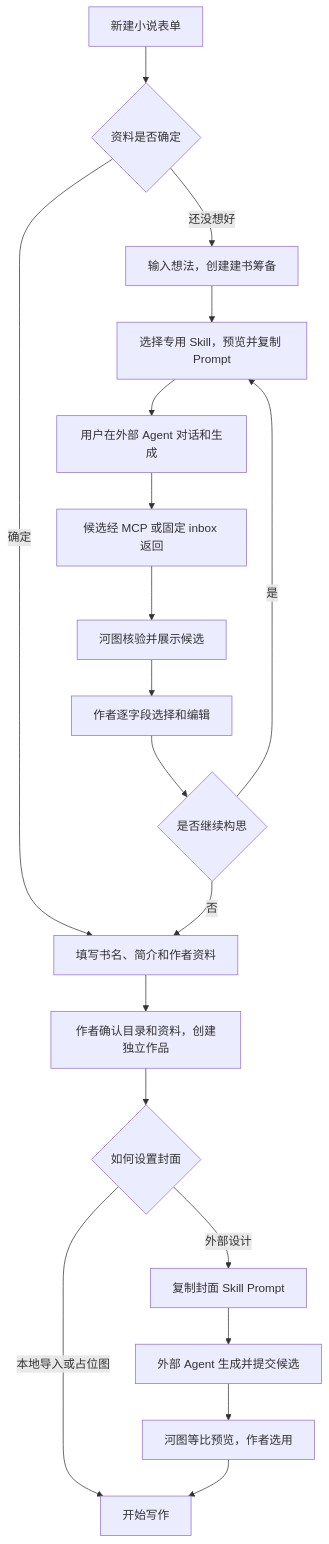
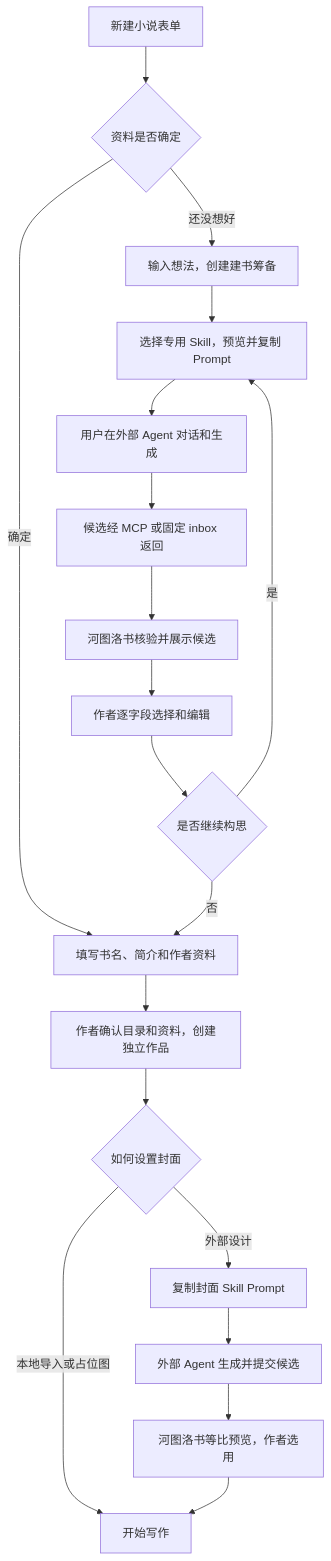
Before and after one commit to limecloud/hetu: the fourth of 35 diagrams in docs/23-业务流程与MCP时序.md, drawn with Mermaid. The commit also changed other lines of this file and 156 other files, not shown here.

````diff
--- a/docs/23-业务流程与MCP时序.md
+++ b/docs/23-业务流程与MCP时序.md
@@ -97,21 +98,21 @@
 ```mermaid
 flowchart TD
     newBook["新建小说表单"] --> known{"资料是否确定"}
     known -->|"确定"| form["填写书名、简介和作者资料"]
     known -->|"还没想好"| idea["输入想法，创建建书筹备"]
     idea --> prompt["选择专用 Skill，预览并复制 Prompt"]
     prompt --> external["用户在外部 Agent 对话和生成"]
     external --> result["候选经 MCP 或固定 inbox 返回"]
-    result --> verify["河图核验并展示候选"]
+    result --> verify["河图洛书核验并展示候选"]
     verify --> choose["作者逐字段选择和编辑"]
     choose --> satisfied{"是否继续构思"}
     satisfied -->|"是"| prompt
     satisfied -->|"否"| form
     form --> create["作者确认目录和资料，创建独立作品"]
     create --> cover{"如何设置封面"}
     cover -->|"本地导入或占位图"| write["开始写作"]
     cover -->|"外部设计"| coverPrompt["复制封面 Skill Prompt"]
     coverPrompt --> coverAgent["外部 Agent 生成并提交候选"]
-    coverAgent --> preview["河图等比预览，作者选用"]
+    coverAgent --> preview["河图洛书等比预览，作者选用"]
     preview --> write
 ```
````
